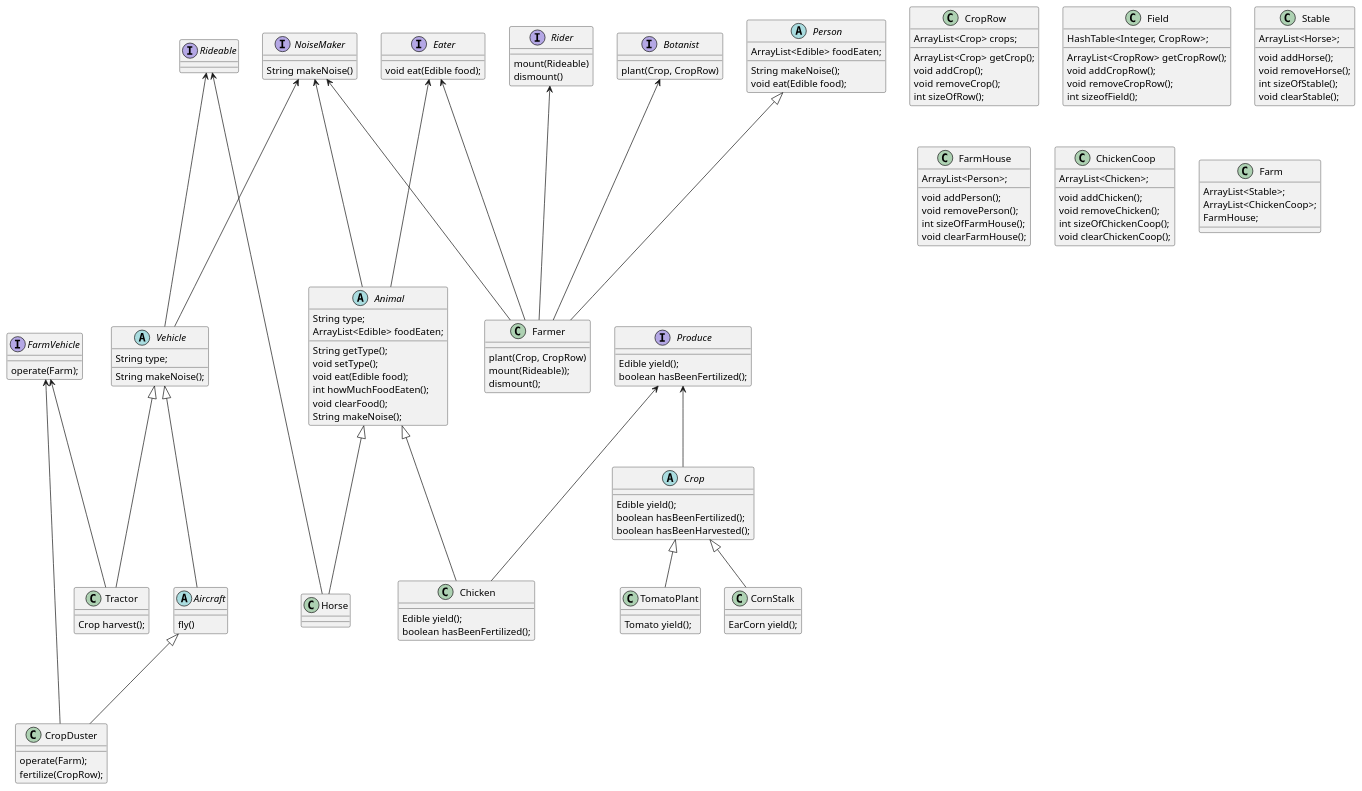
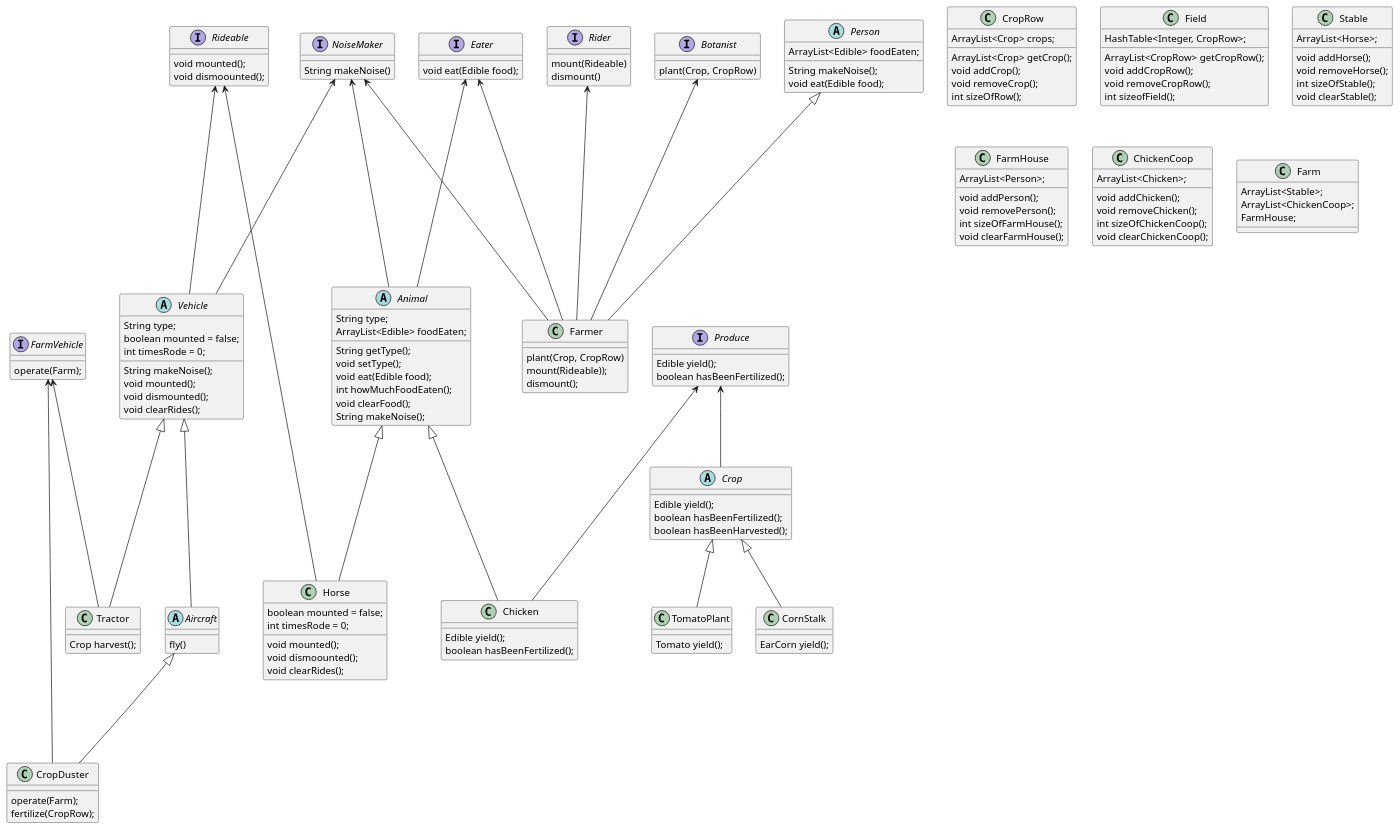
One commit to xyuan04/Maven.FarmerFroilan changed the diagram in FroliansFarmUML.puml. Above: the diagram before and after it, drawn with PlantUML.

Commit message:
updated UML

```diff
--- a/FroliansFarmUML.puml
+++ b/FroliansFarmUML.puml
@@ -1,192 +1,195 @@
 @startuml
-'https://plantuml.com/sequence-diagram
 
 abstract class Animal {
 String type;
 ArrayList<Edible> foodEaten;
 
 String getType();
 void setType();
 void eat(Edible food);
 int howMuchFoodEaten();
 void clearFood();
 String makeNoise();
 }
 
 interface Eater {
 void eat(Edible food);
 }
 
 interface NoiseMaker {
 String makeNoise()
 }
 
 interface Produce {
 Edible yield();
 boolean hasBeenFertilized();
 }
 
 abstract class Crop {
 Edible yield();
 boolean hasBeenFertilized();
 boolean hasBeenHarvested();
 }
 
 class CornStalk {
 EarCorn yield();
 }
 
 class TomatoPlant {
 Tomato yield();
 }
 
 class Horse {
+boolean mounted = false;
+int timesRode = 0;
+
+void mounted();
+void dismoounted();
+void clearRides();
 }
 
 class Chicken {
 Edible yield();
 boolean hasBeenFertilized();
 }
 
 interface Rideable {
+void mounted();
+void dismoounted();
 }
 
 interface Rider {
 mount(Rideable)
 dismount()
 }
 
 interface Botanist {
 plant(Crop, CropRow)
 }
 
 class CropRow {
 ArrayList<Crop> crops;
 
 ArrayList<Crop> getCrop();
 void addCrop();
 void removeCrop();
 int sizeOfRow();
 }
 
 class Field {
 HashTable<Integer, CropRow>;
 
 ArrayList<CropRow> getCropRow();
 void addCropRow();
 void removeCropRow();
 int sizeofField();
 }
 
 abstract class Vehicle {
 String type;
+boolean mounted = false;
+int timesRode = 0;
 
 String makeNoise();
+void mounted();
+void dismounted();
+void clearRides();
 }
 
 interface FarmVehicle {
 operate(Farm);
 }
 
 class Tractor {
 Crop harvest();
 }
 
 abstract class Aircraft {
 fly()
 }
 
 class CropDuster {
 operate(Farm);
 fertilize(CropRow);
 }
 
 abstract class Person {
 ArrayList<Edible> foodEaten;
 
 String makeNoise();
 void eat(Edible food);
 }
 
 class Farmer {
 plant(Crop, CropRow)
 mount(Rideable));
 dismount();
 }
 
 class Stable {
 ArrayList<Horse>;
 
 void addHorse();
 void removeHorse();
 int sizeOfStable();
 void clearStable();
 }
 
 class FarmHouse {
 ArrayList<Person>;
 
 void addPerson();
 void removePerson();
 int sizeOfFarmHouse();
 void clearFarmHouse();
 }
 
 class ChickenCoop {
 ArrayList<Chicken>;
 
 void addChicken();
 void removeChicken();
 int sizeOfChickenCoop();
 void clearChickenCoop();
 }
 
 class Farm {
 ArrayList<Stable>;
 ArrayList<ChickenCoop>;
 FarmHouse;
 }
 
 Eater <--- Animal
 NoiseMaker <--- Animal
 
 Animal <|--- Horse
 Rideable <--- Horse
 
 Animal <|--- Chicken
 Produce <--- Chicken
 
 NoiseMaker <--- Vehicle
 Rideable <--- Vehicle
 
 Vehicle <|--- Tractor
 FarmVehicle <--- Tractor
 
 Vehicle <|--- Aircraft
 
 FarmVehicle <- CropDuster
 Aircraft <|--- CropDuster
 
 Produce <-- Crop
 
 Crop <|-- CornStalk
 
 Crop <|-- TomatoPlant
 
 Eater <- Farmer
 NoiseMaker <--- Farmer
 Person <|--- Farmer
 Rider <--- Farmer
 Botanist <--- Farmer
 
 
-
-
-'autonumber
-'
-'Alice -> Bob: Authentication Request
-'Bob --> Alice: Authentication Response
-'
-'Alice -> Bob: Another authentication Request
-'Alice <-- Bob: another authentication Response
 @enduml
```
